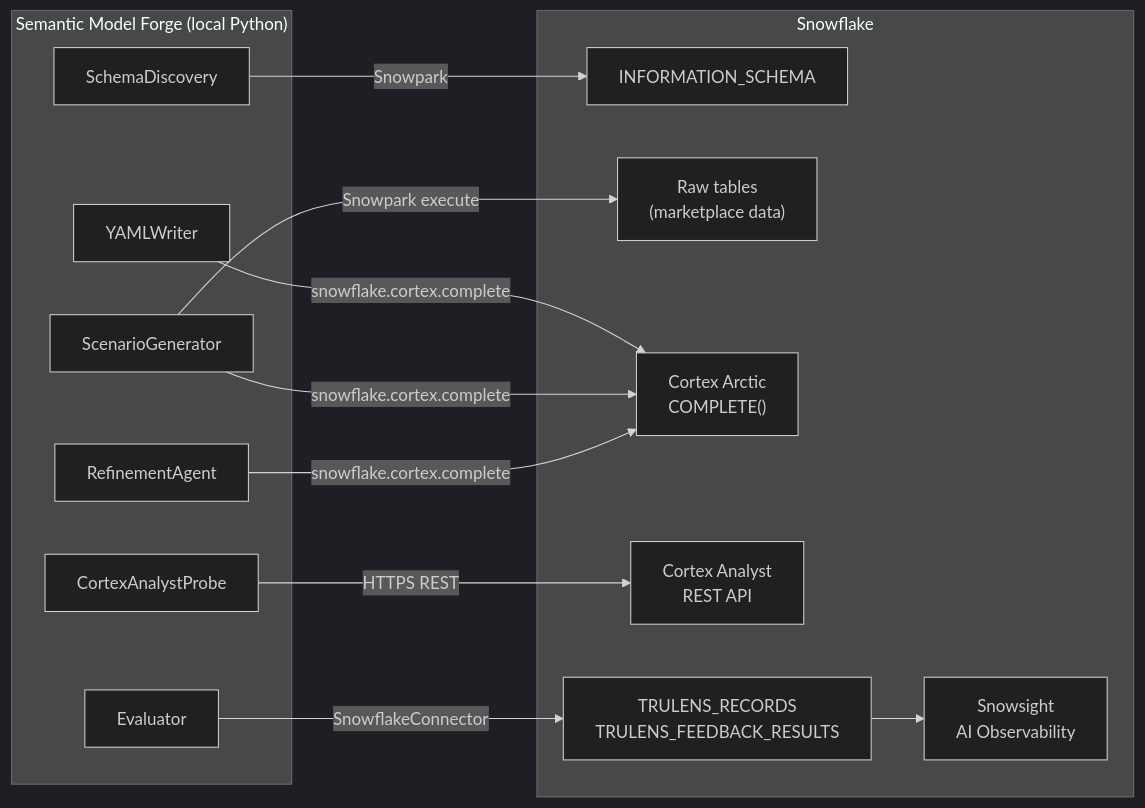
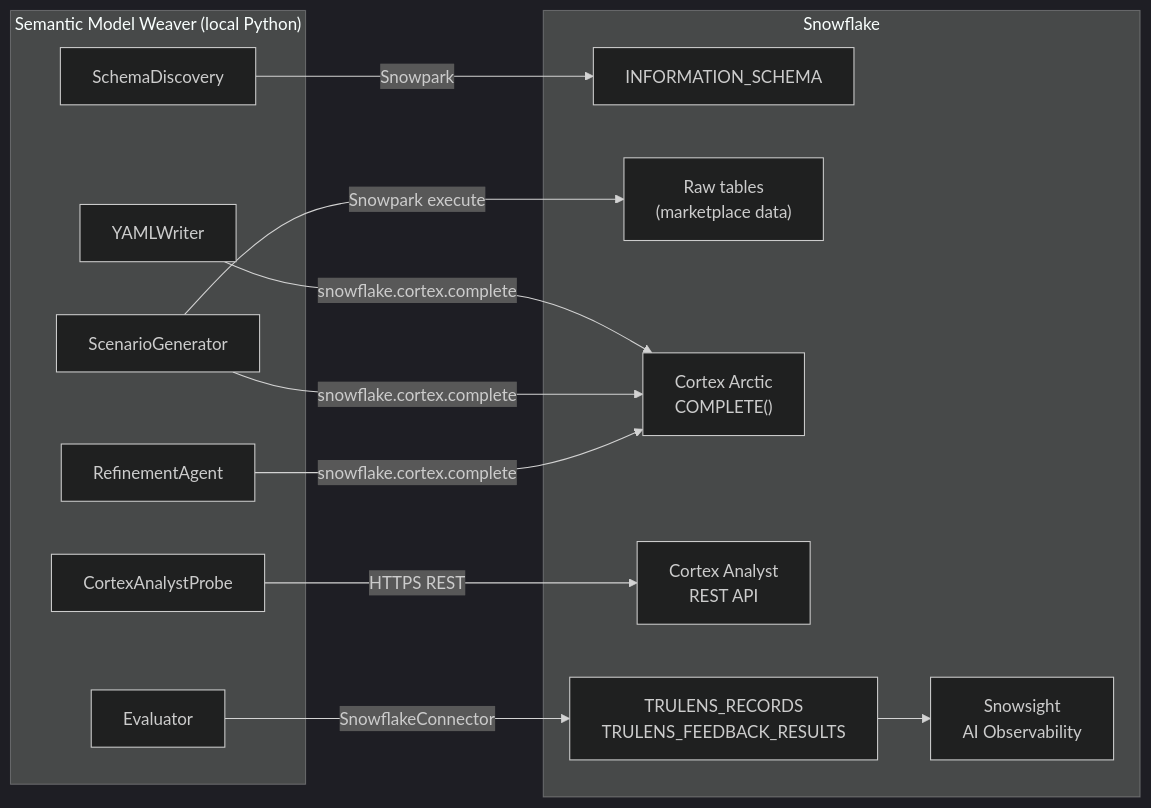
One commit to CynicDog/semantic-model-weaver changed diagram 11 of 11 in .claude/architecture/ARCHITECTURE.md. Above: the diagram before and after it, drawn with Mermaid (dark theme). The commit also changed other lines of this file and 19 other files, not shown here.

First line of the commit message:
refactor: rename forge → weaver, add rich CLI, prettify banner

````diff
--- a/.claude/architecture/ARCHITECTURE.md
+++ b/.claude/architecture/ARCHITECTURE.md
@@ -558,29 +558,29 @@
 ```mermaid
 flowchart LR
-    subgraph forge["Semantic Model Forge (local Python)"]
+    subgraph weaver["Semantic Model Weaver (local Python)"]
         disc2["SchemaDiscovery"]
         writer2["YAMLWriter"]
         scen2["ScenarioGenerator"]
         probe2["CortexAnalystProbe"]
         eval2["Evaluator"]
         refiner2["RefinementAgent"]
     end
 
     subgraph snowflake2["Snowflake"]
         IS2["INFORMATION_SCHEMA"]
         RAW["Raw tables\n(marketplace data)"]
         ARC2["Cortex Arctic\nCOMPLETE()"]
         CA2["Cortex Analyst\nREST API"]
         TL2["TRULENS_RECORDS\nTRULENS_FEEDBACK_RESULTS"]
         SS["Snowsight\nAI Observability"]
     end
 
     disc2 -->|Snowpark| IS2
     scen2 -->|Snowpark execute| RAW
     writer2 -->|snowflake.cortex.complete| ARC2
     scen2 -->|snowflake.cortex.complete| ARC2
     refiner2 -->|snowflake.cortex.complete| ARC2
     probe2 -->|HTTPS REST| CA2
     eval2 -->|SnowflakeConnector| TL2
     TL2 --> SS
 ```
````
